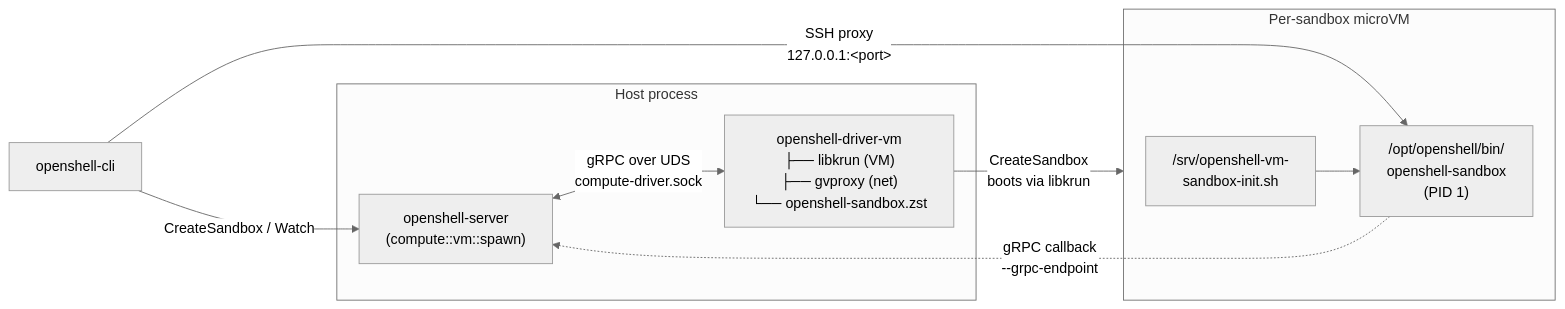
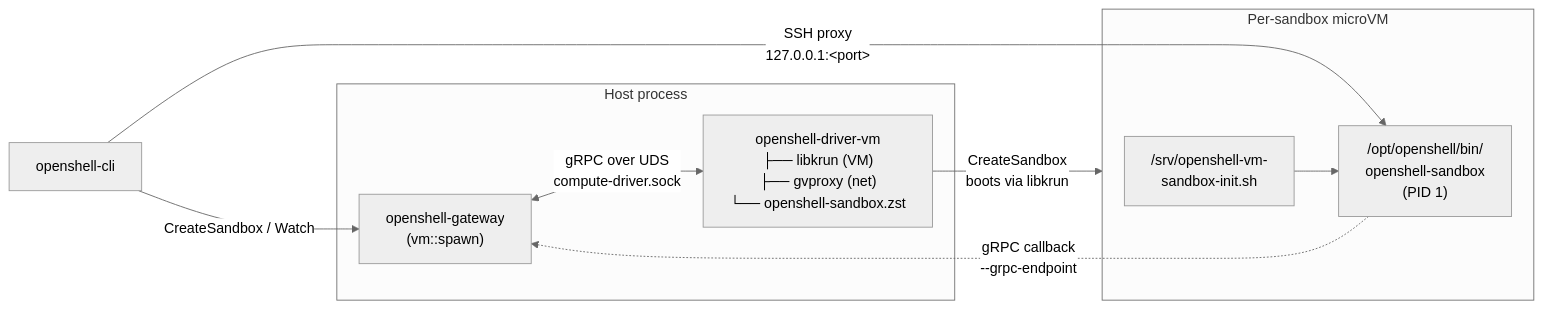
One commit to lightforgedev/OpenShell changed the diagram in crates/openshell-driver-vm/README.md. Above: the diagram before and after it, drawn with Mermaid (neutral theme). The commit also changed other lines of this file and 82 other files, not shown here.

First line of the commit message:
refactor(compute): decouple gateway driver composition (#2823)

````diff
--- a/crates/openshell-driver-vm/README.md
+++ b/crates/openshell-driver-vm/README.md
@@ -9,20 +9,20 @@
 ```mermaid
 flowchart LR
     subgraph host["Host process"]
-        gateway["openshell-server<br/>(compute::vm::spawn)"]
+        gateway["openshell-gateway<br/>(vm::spawn)"]
         driver["openshell-driver-vm<br/>├── libkrun (VM)<br/>├── gvproxy (net)<br/>└── openshell-sandbox.zst"]
         gateway <-->|"gRPC over UDS<br/>compute-driver.sock"| driver
     end
 
     subgraph guest["Per-sandbox microVM"]
         init["/srv/openshell-vm-<br/>sandbox-init.sh"]
         supervisor["/opt/openshell/bin/<br/>openshell-sandbox<br/>(PID 1)"]
         init --> supervisor
     end
 
     driver -->|"CreateSandbox<br/>boots via libkrun"| guest
     supervisor -.->|"gRPC callback<br/>--grpc-endpoint"| gateway
 
     client["openshell-cli"] -->|"SSH proxy<br/>127.0.0.1:&lt;port&gt;"| supervisor
     client -->|"CreateSandbox / Watch"| gateway
 ```
````
